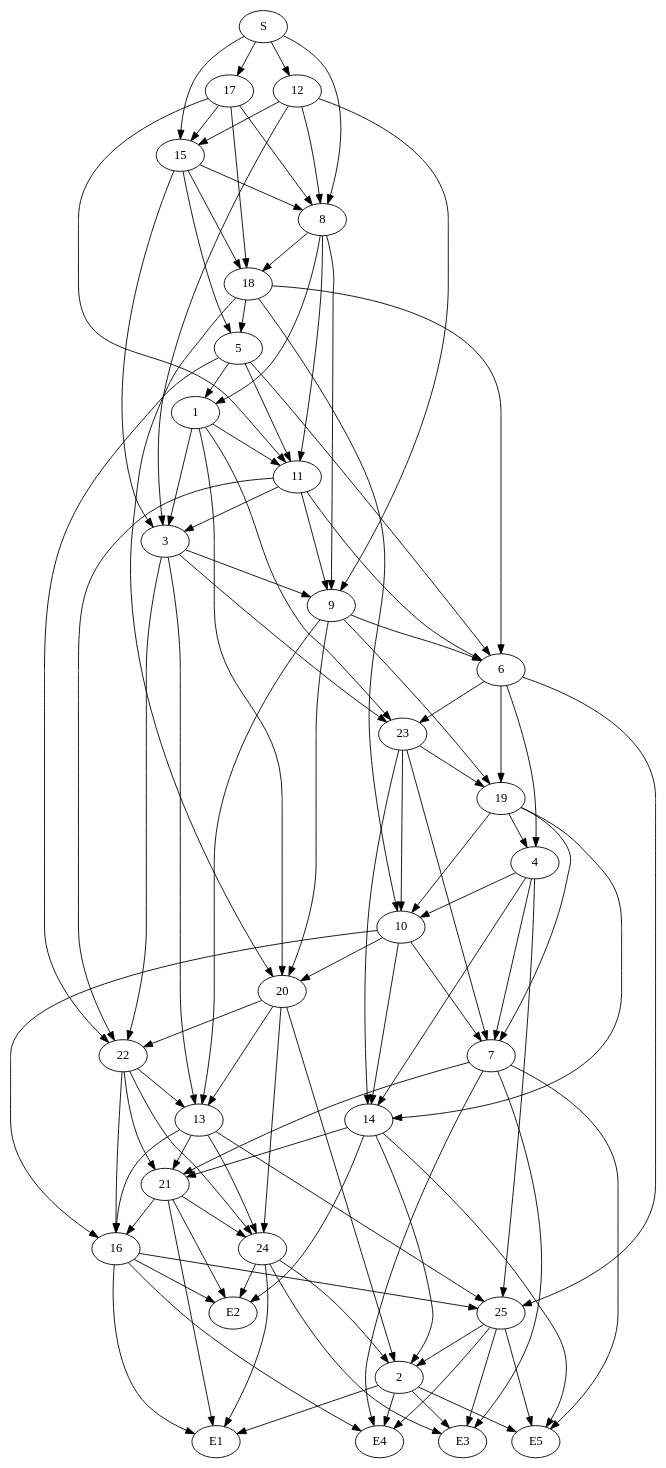
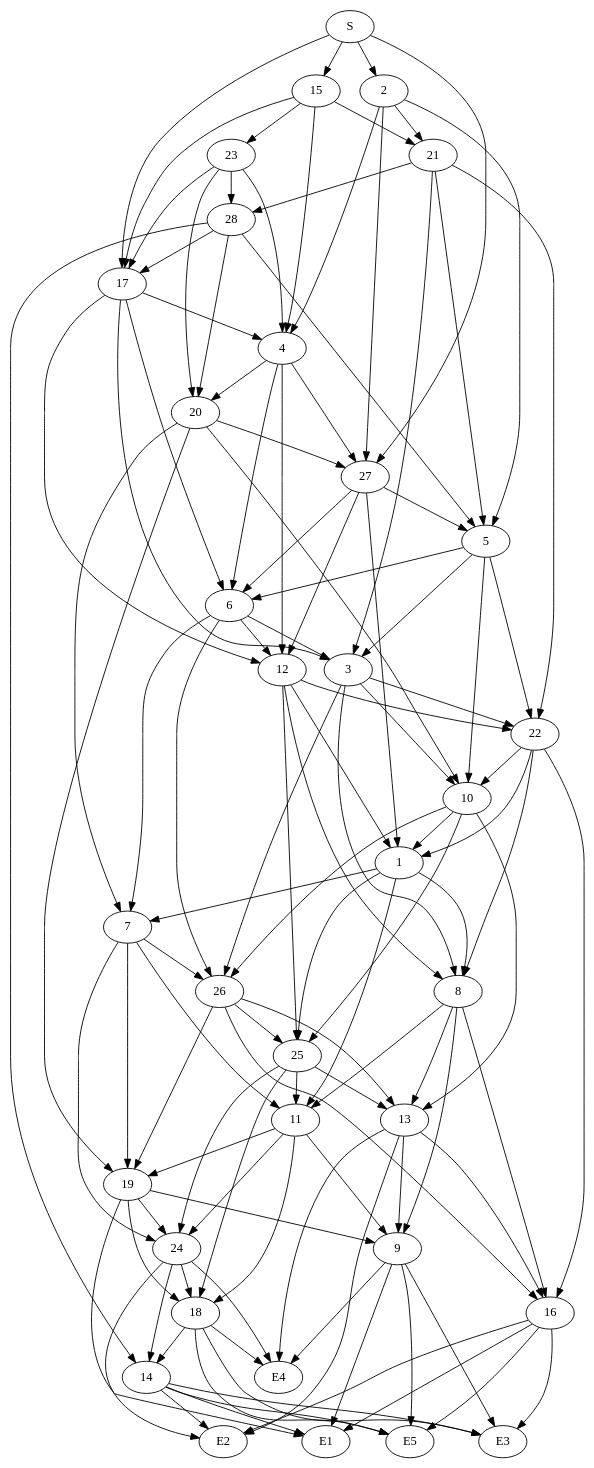
One commit to Iddo77/InteractiveNarrativeGenerator changed the diagram in output/graph.dot. Above: the diagram before and after it, drawn with Graphviz. The commit also changed 2 other files, not shown here.

Commit message:
structure_graph.lp: calculation of num_choice_vertices is changed and graph is regenerated

```diff
--- a/output/graph.dot
+++ b/output/graph.dot
@@ -1,106 +1,118 @@
 strict digraph "" {
-	S -> 8;
-	S -> 12;
+	S -> 2;
 	S -> 15;
 	S -> 17;
-	8 -> 1;
+	S -> 27;
+	2 -> 27;
+	2 -> 4;
+	2 -> 5;
+	2 -> 21;
+	15 -> 17;
+	15 -> 4;
+	15 -> 21;
+	15 -> 23;
+	17 -> 4;
+	17 -> 3;
+	17 -> 6;
+	17 -> 12;
+	27 -> 1;
+	27 -> 5;
+	27 -> 6;
+	27 -> 12;
+	1 -> 7;
+	1 -> 8;
+	1 -> 11;
+	1 -> 25;
+	7 -> 11;
+	7 -> 26;
+	7 -> 19;
+	7 -> 24;
 	8 -> 11;
 	8 -> 9;
-	8 -> 18;
-	12 -> 8;
-	12 -> 15;
-	12 -> 3;
-	12 -> 9;
-	15 -> 8;
-	15 -> 3;
-	15 -> 5;
-	15 -> 18;
-	17 -> 8;
-	17 -> 15;
-	17 -> 11;
-	17 -> 18;
-	1 -> 3;
-	1 -> 11;
-	1 -> 20;
-	1 -> 23;
-	3 -> 23;
-	3 -> 9;
-	3 -> 13;
-	3 -> 22;
-	11 -> 3;
+	8 -> 13;
+	8 -> 16;
+	11 -> 19;
+	11 -> 24;
 	11 -> 9;
-	11 -> 22;
-	11 -> 6;
-	20 -> 2;
-	20 -> 13;
-	20 -> 22;
-	20 -> 24;
-	23 -> 7;
-	23 -> 10;
-	23 -> 14;
-	23 -> 19;
-	2 -> E1;
-	2 -> E3;
-	2 -> E4;
-	2 -> E5;
-	9 -> 20;
-	9 -> 13;
-	9 -> 6;
-	9 -> 19;
-	13 -> 25;
-	13 -> 21;
-	13 -> 16;
-	13 -> 24;
-	22 -> 13;
-	22 -> 21;
-	22 -> 16;
-	22 -> 24;
-	4 -> 7;
-	4 -> 10;
-	4 -> 14;
-	4 -> 25;
-	7 -> E3;
-	7 -> E4;
-	7 -> E5;
-	7 -> 21;
-	10 -> 20;
-	10 -> 7;
-	10 -> 14;
-	10 -> 16;
-	14 -> 2;
-	14 -> E5;
-	14 -> 21;
-	14 -> E2;
-	25 -> 2;
-	25 -> E3;
-	25 -> E4;
-	25 -> E5;
-	5 -> 1;
-	5 -> 11;
+	11 -> 18;
+	25 -> 11;
+	25 -> 24;
+	25 -> 13;
+	25 -> 18;
+	4 -> 27;
+	4 -> 6;
+	4 -> 12;
+	4 -> 20;
+	5 -> 3;
+	5 -> 10;
 	5 -> 22;
 	5 -> 6;
-	6 -> 23;
-	6 -> 4;
-	6 -> 25;
-	6 -> 19;
-	19 -> 4;
-	19 -> 7;
-	19 -> 10;
-	19 -> 14;
-	21 -> E1;
-	21 -> 16;
-	21 -> 24;
-	21 -> E2;
-	18 -> 20;
-	18 -> 10;
-	18 -> 5;
-	18 -> 6;
+	21 -> 5;
+	21 -> 3;
+	21 -> 22;
+	21 -> 28;
+	3 -> 8;
+	3 -> 10;
+	3 -> 22;
+	3 -> 26;
+	10 -> 1;
+	10 -> 25;
+	10 -> 26;
+	10 -> 13;
+	22 -> 1;
+	22 -> 8;
+	22 -> 10;
+	22 -> 16;
+	26 -> 25;
+	26 -> 19;
+	26 -> 13;
+	26 -> 16;
+	6 -> 7;
+	6 -> 3;
+	6 -> 26;
+	6 -> 12;
+	12 -> 1;
+	12 -> 8;
+	12 -> 25;
+	12 -> 22;
+	20 -> 27;
+	20 -> 7;
+	20 -> 10;
+	20 -> 19;
+	19 -> 24;
+	19 -> 9;
+	19 -> E1;
+	19 -> 18;
+	24 -> E4;
+	24 -> 18;
+	24 -> E2;
+	24 -> 14;
+	9 -> E1;
+	9 -> E3;
+	9 -> E4;
+	9 -> E5;
+	13 -> 9;
+	13 -> 16;
+	13 -> E4;
+	13 -> E2;
 	16 -> E1;
-	16 -> E4;
-	16 -> 25;
+	16 -> E3;
+	16 -> E5;
 	16 -> E2;
-	24 -> 2;
-	24 -> E1;
-	24 -> E3;
-	24 -> E2;
+	18 -> E3;
+	18 -> E4;
+	18 -> E5;
+	18 -> 14;
+	14 -> E1;
+	14 -> E3;
+	14 -> E5;
+	14 -> E2;
+	23 -> 17;
+	23 -> 4;
+	23 -> 20;
+	23 -> 28;
+	28 -> 17;
+	28 -> 5;
+	28 -> 20;
+	28 -> 14;
 }
```
